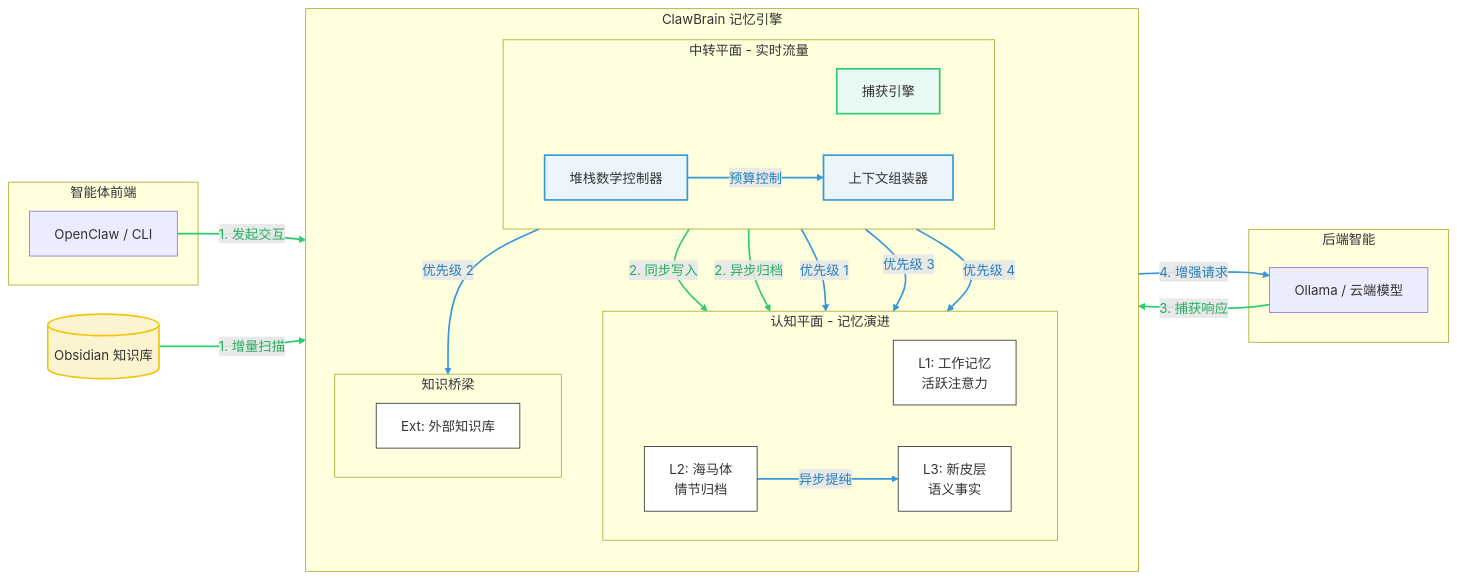
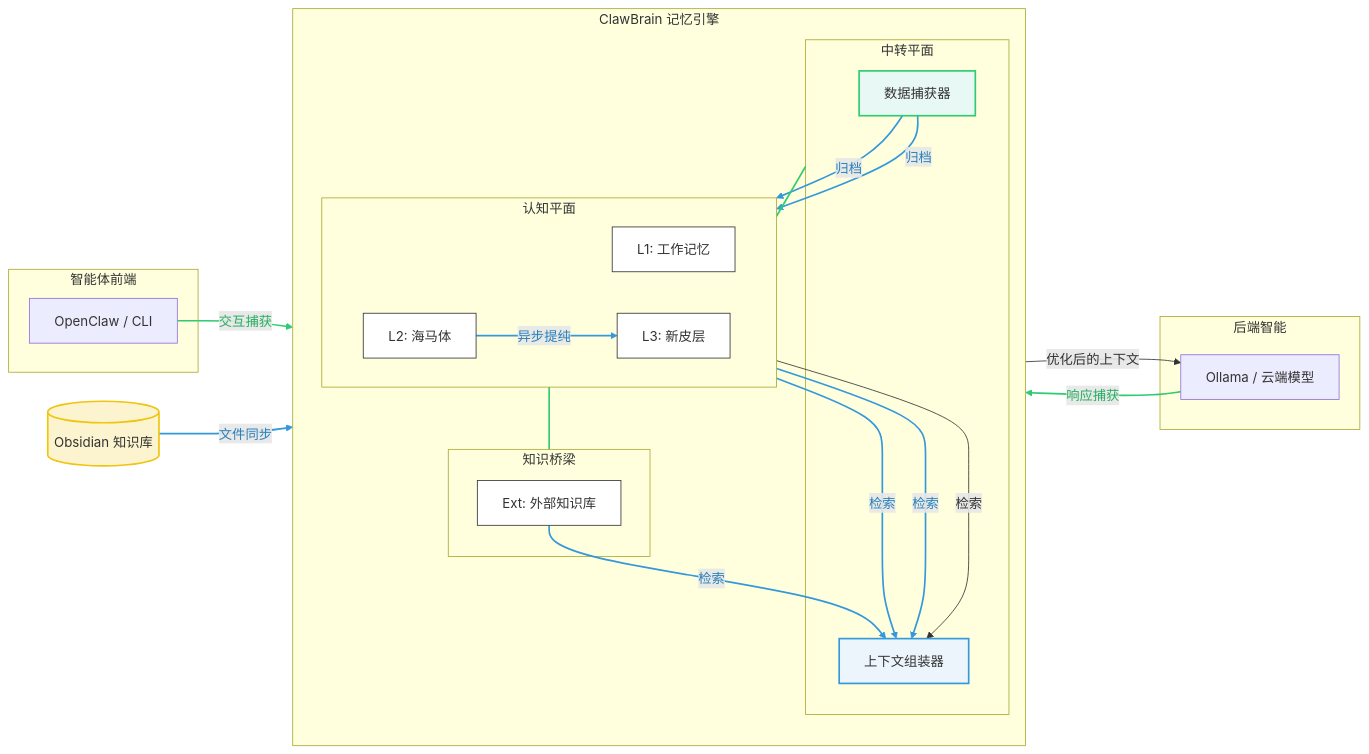
Before and after one commit to winnerineast/ClawBrain: the diagram in README_CN.md, drawn with Mermaid. The commit also changed other lines of this file and 1 other file, not shown here.

Commit message:
docs: convert architecture into pure Data Flow Diagram with color-coded ingestion/optimization paths

````diff
--- a/README_CN.md
+++ b/README_CN.md
@@ -110,69 +110,58 @@
 ```mermaid
 flowchart LR
     %% 样式定义
     classDef capture stroke:#2ecc71,stroke-width:2px,fill:#e8f8f5
     classDef cognitive stroke:#3498db,stroke-width:2px,fill:#ebf5fb
     classDef storage fill:#ffffff,stroke:#333,stroke-width:1px
     classDef external fill:#fcf3cf,stroke:#f1c40f,stroke-width:2px
 
-    %% 1. 左侧：智能体前端
+    %% 1. 水平平面布局
     subgraph Left [智能体前端]
         OC[OpenClaw / CLI]
     end
 
-    %% 2. 中间：ClawBrain 引擎 (纵向堆叠)
     subgraph Center [ClawBrain 记忆引擎]
         direction TB
-        
-        subgraph Relay [中转平面 - 实时流量]
+        subgraph Relay [中转平面]
+            Ingest[数据捕获器]:::capture
+            Assemble[上下文组装器]:::cognitive
+        end
+        subgraph Cognitive [认知平面]
             direction LR
-            Ingest[捕获引擎]:::capture
-            Assemble[上下文组装器]:::cognitive
-            Logic[堆栈数学控制器]:::cognitive
+            L1[L1: 工作记忆]:::storage
+            L2[L2: 海马体]:::storage
+            L3[L3: 新皮层]:::storage
         end
-
-        subgraph CognitivePlane [认知平面 - 记忆演进]
-            direction LR
-            L1[L1: 工作记忆\n活跃注意力]:::storage
-            L2[L2: 海马体\n情节归档]:::storage
-            L3[L3: 新皮层\n语义事实]:::storage
-        end
-
-        subgraph KnowledgePlane [知识桥梁]
-            direction LR
+        subgraph Knowledge [知识桥梁]
             Ext[Ext: 外部知识库]:::storage
         end
+        %% 纵向堆叠约束
+        Relay ~~~ Cognitive ~~~ Knowledge
     end
 
-    %% 3. 右侧：后端智能
     subgraph Right [后端智能]
         LLM[Ollama / 云端模型]
     end
 
-    %% 4. 底部：物理存储
     Vault[(Obsidian 知识库)]:::external
 
-    %% --- 信息流向 ---
+    %% --- 数据流 1: 记忆捕获 (绿色) ---
+    %% 信息如何进入系统并转化为记忆
+    OC -- "交互捕获" --> Ingest
+    LLM -- "响应捕获" --> Ingest
+    Ingest -- "归档" --> L1 & L2
+    Vault -- "文件同步" --> Ext
 
-    %% 流程 A: 记忆捕获流 (绿色)
-    OC -- "1. 发起交互" --> Ingest
-    Ingest -- "2. 同步写入" --> L1
-    Ingest -- "2. 异步归档" --> L2
-    Vault -- "1. 增量扫描" --> Ext
-    LLM -- "3. 捕获响应" --> Ingest
-
-    %% 流程 B: 内部演进 (蓝色)
+    %% --- 数据流 2: 优化与召回 (蓝色) ---
+    %% 记忆如何被处理并检索以优化上下文
     L2 -- "异步提纯" --> L3
-
-    %% 流程 C: 上下文优化 (蓝色)
-    Logic -- "预算控制" --> Assemble
-    Assemble -- "优先级 1" --> L3
-    Assemble -- "优先级 2" --> Ext
-    Assemble -- "优先级 3" --> L1
-    Assemble -- "优先级 4" --> L2
-    Assemble -- "4. 增强请求" --> LLM
+    L3 -- "检索" --> Assemble
+    Ext -- "检索" --> Assemble
+    L1 -- "检索" --> Assemble
+    L2 -- "检索" --> Assemble
+    Assemble -- "优化后的上下文" --> LLM
 
     %% 应用连线样式
-    linkStyle 0,1,2,3,4 stroke:#2ecc71,stroke-width:2px,color:#27ae60
-    linkStyle 5,6,7,8,9,10,11 stroke:#3498db,stroke-width:2px,color:#2980b9
+    linkStyle 0,1,2,3 stroke:#2ecc71,stroke-width:2px,color:#27ae60
+    linkStyle 4,5,6,7,8,9,10 stroke:#3498db,stroke-width:2px,color:#2980b9
 ```
````
